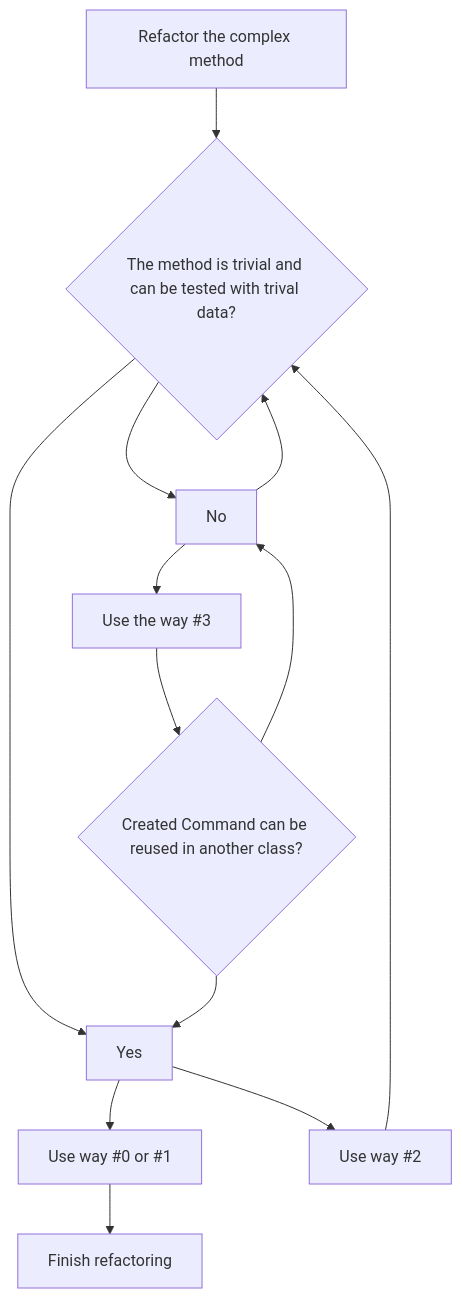
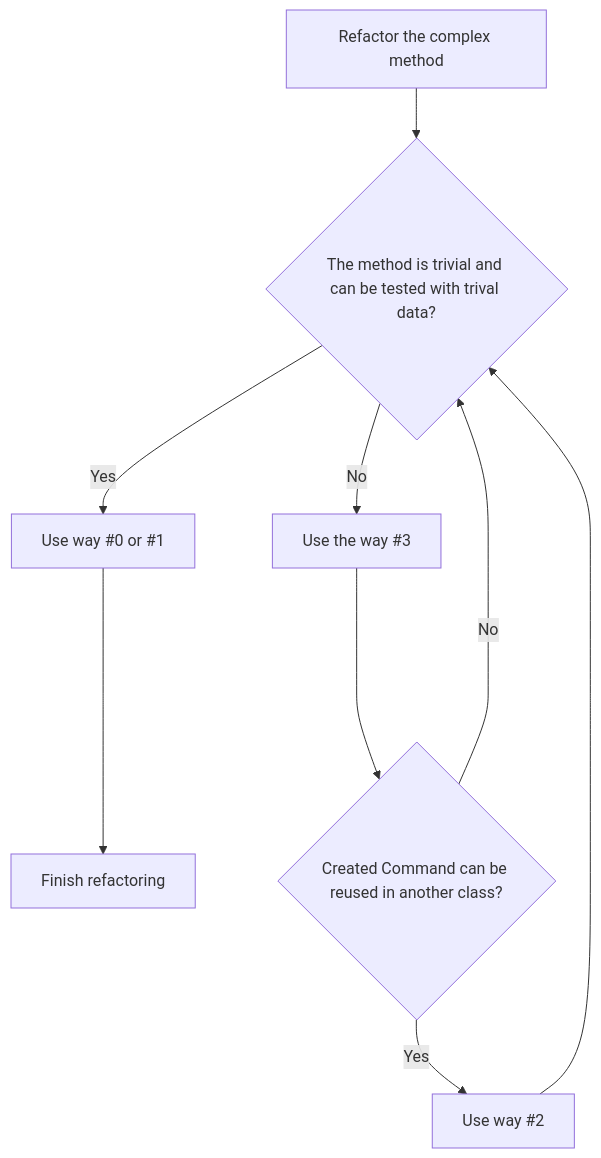
Before and after one commit to ArtjomP/articles: the diagram in replace-function-with-command/index.en.md, drawn with Mermaid. The commit also changed other lines of this file, not shown here.

Commit message:
add conclusion

````diff
--- a/replace-function-with-command/index.en.md
+++ b/replace-function-with-command/index.en.md
@@ -645,11 +645,11 @@
 ```mermaid
 flowchart TD
     A[Refactor the complex method] --> B{The method is trivial and can be tested with trival data?};
-    B --> Yes --> C[Use way #0 or #1];
-    B --> No --> D[Use the way #3];
-    C --> G[Finish refactoring];
-    D --> E{Created Command can be reused in another class?};
-    E --> Yes --> F[Use way #2];
-    E --> No --> B;
-    F --> B;
+    B -- Yes --> C[Use way #0 or #1];
+    B -- No --> D[Use the way #3];
+    C ----> G[Finish refactoring];
+    D ----> E{Created Command can be reused in another class?};
+    E -- Yes --> F[Use way #2];
+    E -- No --> B;
+    F ----> B;
 ```
````
